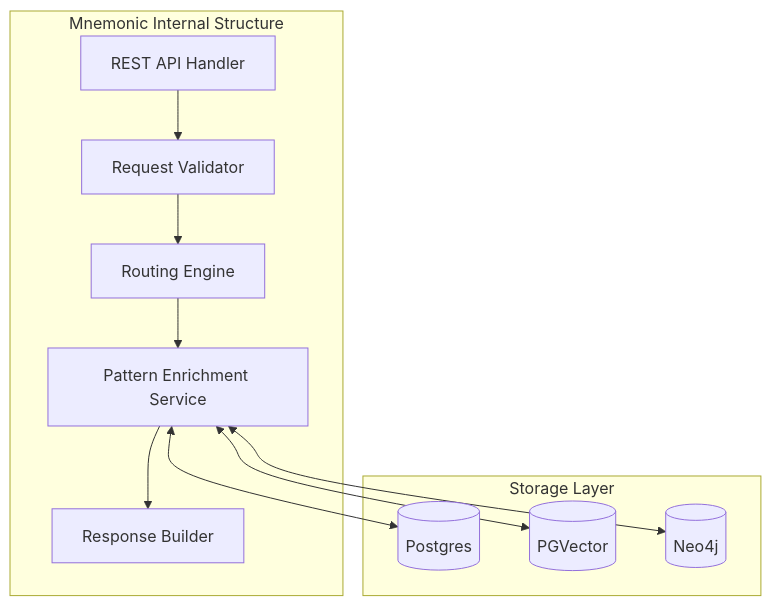
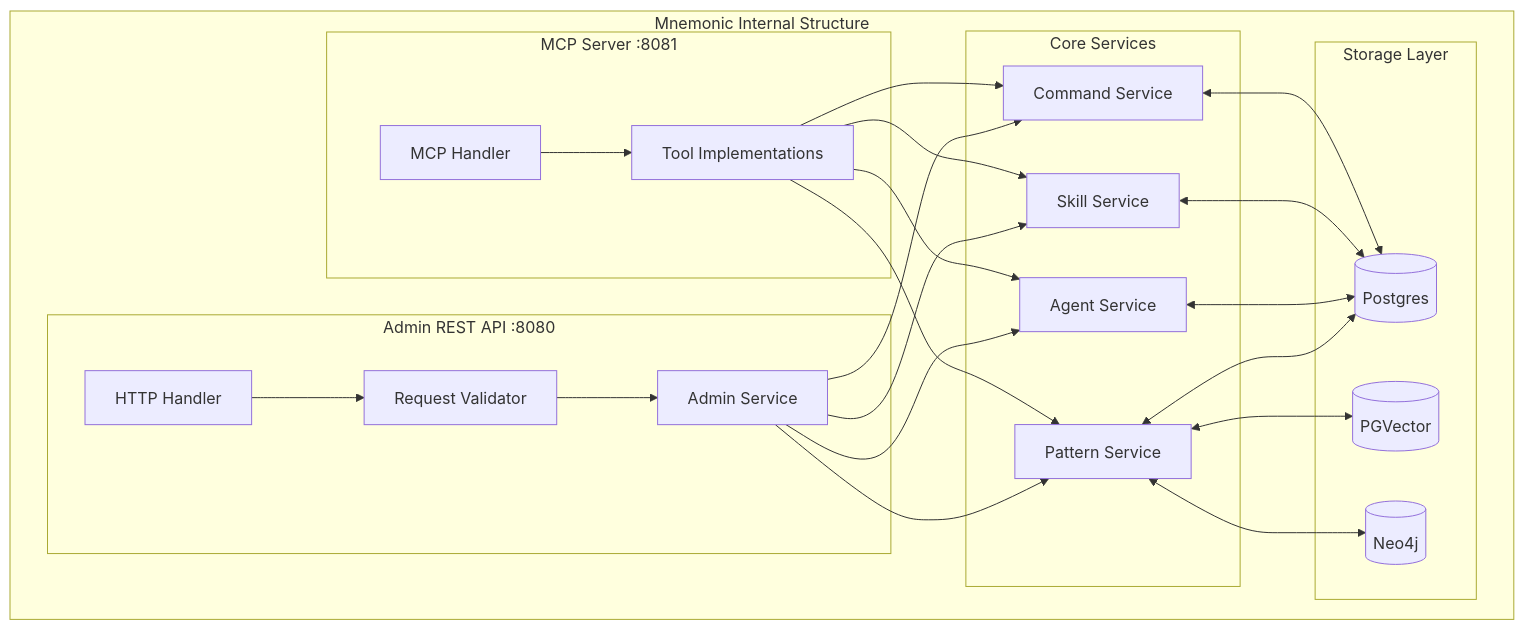
One commit to twistingmercury/mnemonic-mcp changed the second of 5 diagrams in docs/architecture/03-system-architecture.md. Above: the diagram before and after it, drawn with Mermaid. The commit also changed other lines of this file and 63 other files, not shown here.

````diff
--- a/docs/architecture/03-system-architecture.md
+++ b/docs/architecture/03-system-architecture.md
@@ -104,24 +75,48 @@
 ```mermaid
 graph TB
     subgraph "Mnemonic Internal Structure"
-        REST[REST API Handler]
-        VALID[Request Validator]
-        ROUTER[Routing Engine]
-        PATTERN[Pattern Enrichment Service]
-        RESP[Response Builder]
+        subgraph "Admin REST API :8080"
+            REST_HANDLER[HTTP Handler]
+            REST_VALID[Request Validator]
+            ADMIN_SVC[Admin Service]
+        end
+
+        subgraph "MCP Server :8081"
+            MCP_HANDLER[MCP Handler]
+            MCP_TOOLS[Tool Implementations]
+        end
+
+        subgraph "Core Services"
+            PATTERN[Pattern Service]
+            AGENT[Agent Service]
+            SKILL[Skill Service]
+            COMMAND[Command Service]
+        end
+
+        subgraph "Storage Layer"
+            PG[(Postgres)]
+            PGV[(PGVector)]
+            NEO[(Neo4j)]
+        end
     end
 
-    subgraph "Storage Layer"
-        PG[(Postgres)]
-        PGV[(PGVector)]
-        NEO[(Neo4j)]
-    end
+    REST_HANDLER --> REST_VALID
+    REST_VALID --> ADMIN_SVC
+    ADMIN_SVC --> PATTERN
+    ADMIN_SVC --> AGENT
+    ADMIN_SVC --> SKILL
+    ADMIN_SVC --> COMMAND
 
-    REST --> VALID
-    VALID --> ROUTER
-    ROUTER --> PATTERN
-    PATTERN --> RESP
+    MCP_HANDLER --> MCP_TOOLS
+    MCP_TOOLS --> PATTERN
+    MCP_TOOLS --> AGENT
+    MCP_TOOLS --> SKILL
+    MCP_TOOLS --> COMMAND
+
     PATTERN <--> PG
     PATTERN <--> PGV
     PATTERN <--> NEO
+    AGENT <--> PG
+    SKILL <--> PG
+    COMMAND <--> PG
 ```
````
